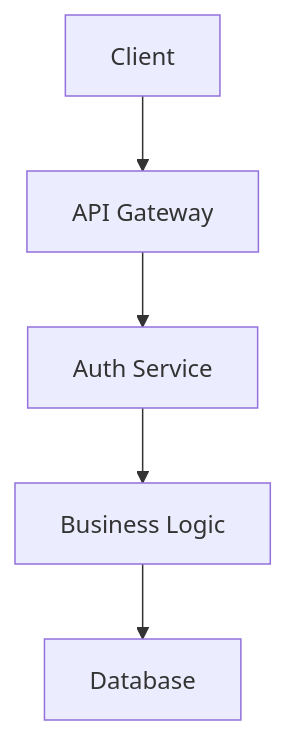
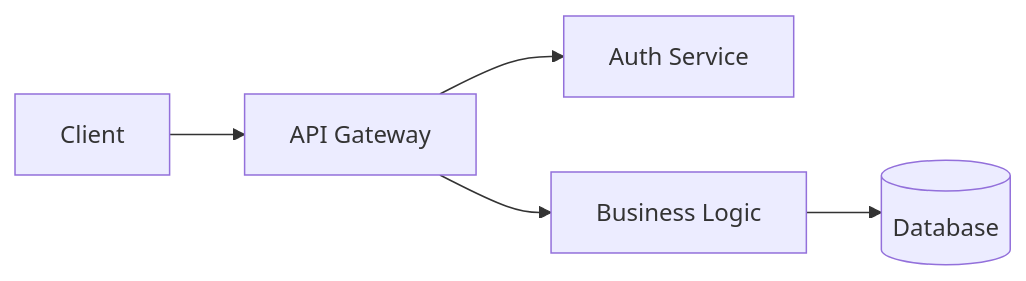
The first of 3 diagrams in agent_stuff/CODE_STANDARDS.md (johanesalxd/random-stuff), drawn with Mermaid before and after one commit. The commit also changed other lines of this file, not shown here.

First line of the commit message:
docs: expand Mermaid diagram standards with type guide and examples

````diff
--- a/agent_stuff/CODE_STANDARDS.md
+++ b/agent_stuff/CODE_STANDARDS.md
@@ -543,7 +558,7 @@
 ```mermaid
-graph TD
-    A[Client] --> B[API Gateway]
-    B --> C[Auth Service]
-    C --> D[Business Logic]
-    D --> E[Database]
+graph LR
+    Client --> API[API Gateway]
+    API --> Auth[Auth Service]
+    API --> BL[Business Logic]
+    BL --> DB[(Database)]
 ```
````
